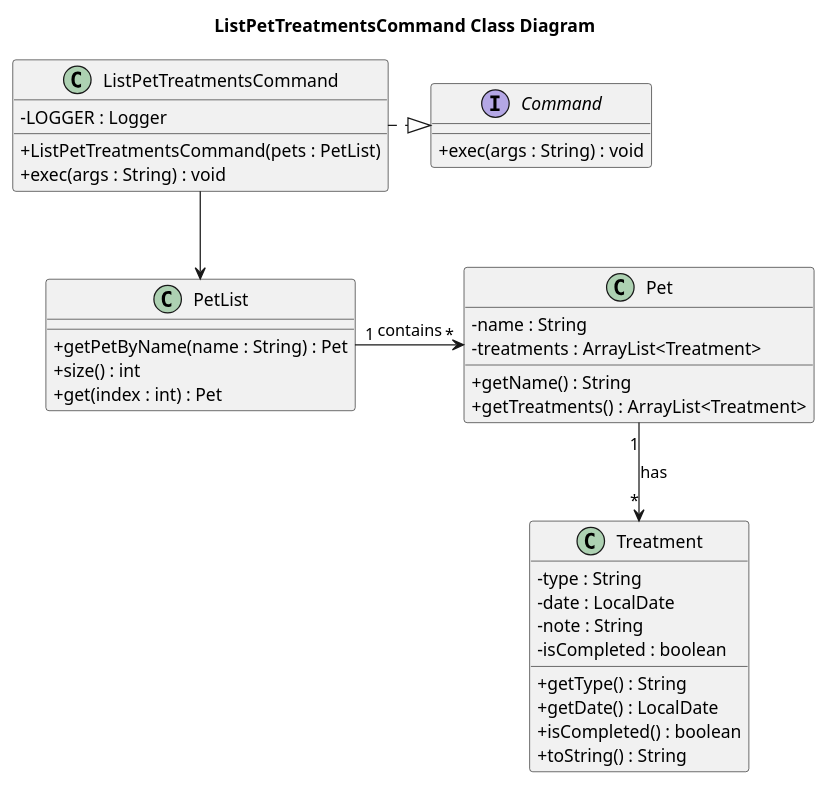
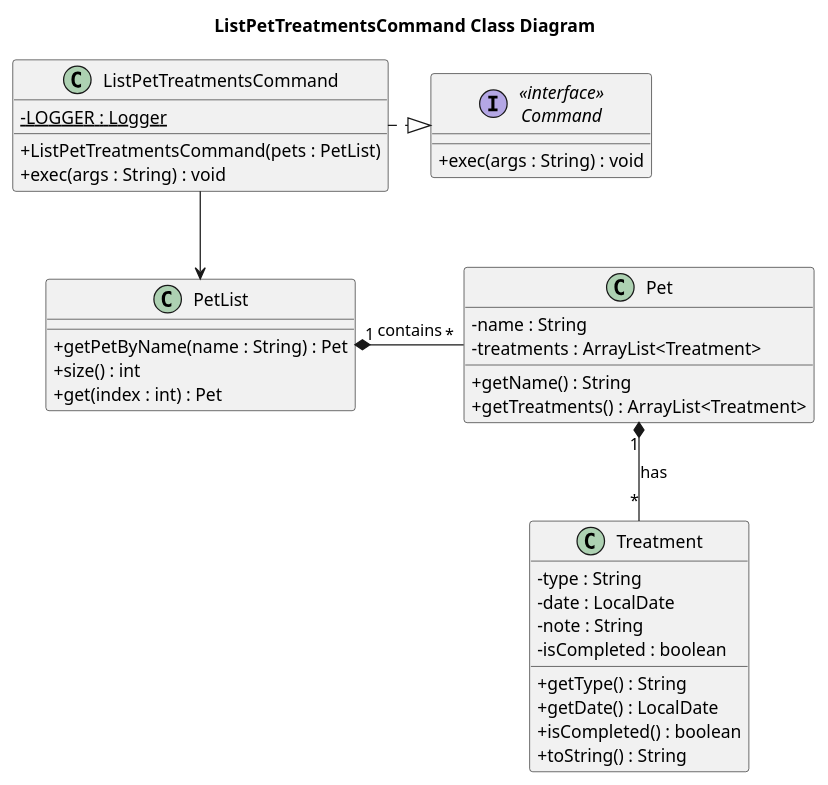
One commit to Kevin88866/tp changed the diagram in docs/uml/ListPetTreatmentsCommand.puml. Above: the diagram before and after it, drawn with PlantUML.

Commit message:
Update ListPetTreatmentsCommand class diagram based on feedback

```diff
--- a/docs/uml/ListPetTreatmentsCommand.puml
+++ b/docs/uml/ListPetTreatmentsCommand.puml
@@ -1,51 +1,51 @@
 @startuml
 skinparam classAttributeIconSize 0
 title ListPetTreatmentsCommand Class Diagram
 
 ' =====================
 ' Classes
 ' =====================
 
-interface Command {
+interface "<<interface>>\nCommand" as Command {
     + exec(args : String) : void
 }
 
 class ListPetTreatmentsCommand {
-    - LOGGER : Logger
+    - {static} LOGGER : Logger
     + ListPetTreatmentsCommand(pets : PetList)
     + exec(args : String) : void
 }
 
 class PetList {
     + getPetByName(name : String) : Pet
     + size() : int
     + get(index : int) : Pet
 }
 
 class Pet {
     - name : String
     - treatments : ArrayList<Treatment>
     + getName() : String
     + getTreatments() : ArrayList<Treatment>
 }
 
 class Treatment {
     - type : String
     - date : LocalDate
     - note : String
     - isCompleted : boolean
     + getType() : String
     + getDate() : LocalDate
     + isCompleted() : boolean
     + toString() : String
 }
 
 ' =====================
 ' Relationships
 ' =====================
 
 ListPetTreatmentsCommand .|> Command
 ListPetTreatmentsCommand --> PetList
-PetList "1" -> "*" Pet : contains
-Pet "1" --> "*" Treatment : has
+PetList "1" *- "*" Pet : contains
+Pet "1" *-- "*" Treatment : has
 @enduml
```
